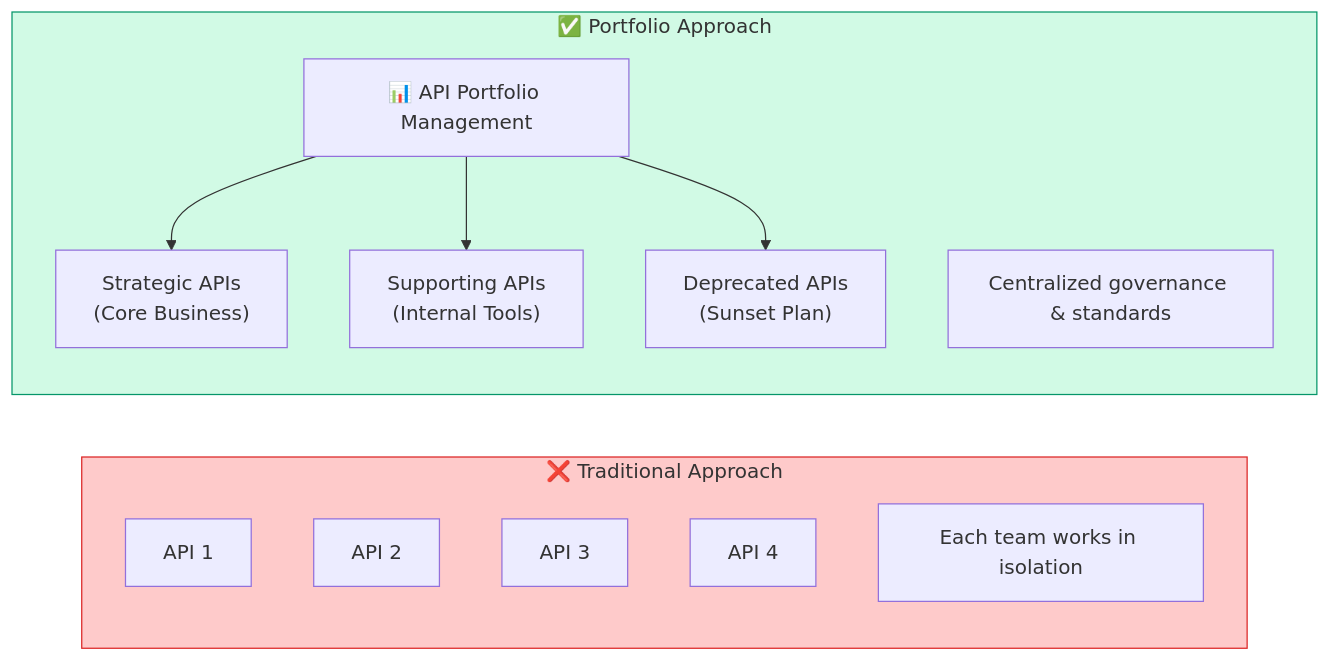
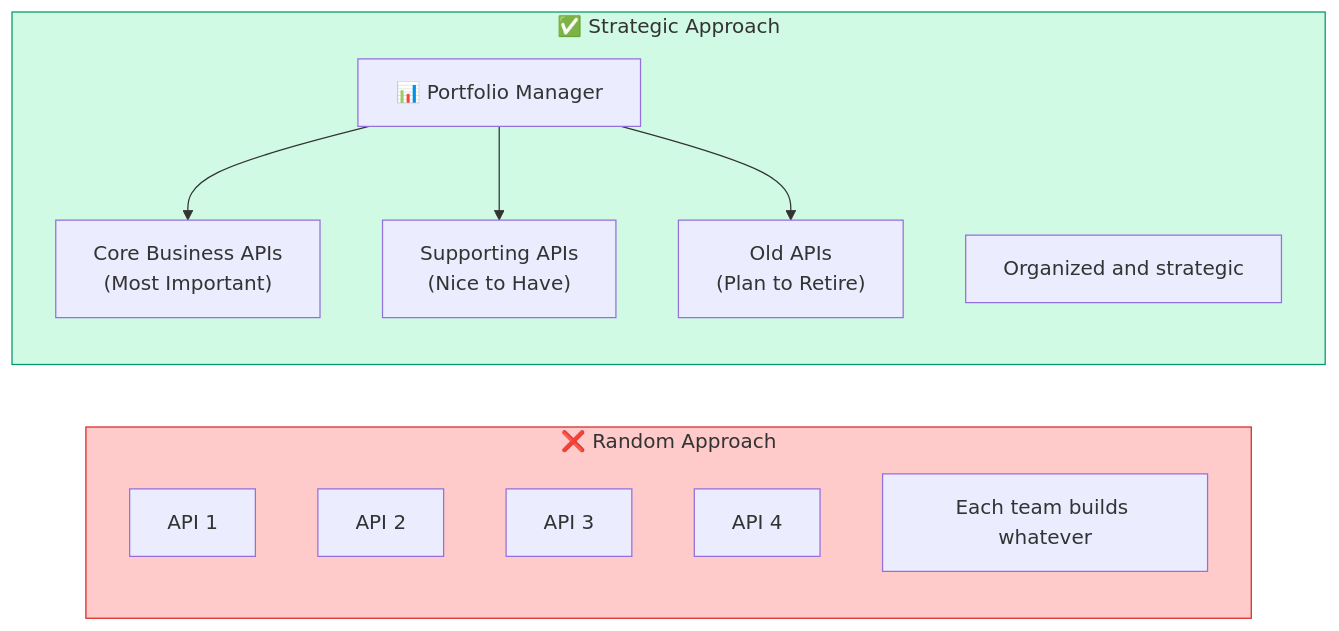
Before and after one commit to rilov/handbook: the fourth of 16 diagrams in _topics/scaling-api-design-architecture-part-2.md, drawn with Mermaid. The commit also changed other lines of this file, not shown here.

```diff
--- a/_topics/scaling-api-design-architecture-part-2.md
+++ b/_topics/scaling-api-design-architecture-part-2.md
@@ -123,23 +147,23 @@
 <div class="mermaid">
 flowchart LR
-    subgraph traditional["❌ Traditional Approach"]
+    subgraph traditional["❌ Random Approach"]
         direction TB
         A1["API 1"]
         A2["API 2"]
         A3["API 3"]
         A4["API 4"]
-        Note1["Each team works in isolation"]
+        Note1["Each team builds whatever"]
     end
     
-    subgraph portfolio["✅ Portfolio Approach"]
+    subgraph portfolio["✅ Strategic Approach"]
         direction TB
-        M["📊 API Portfolio Management"]
-        M --> B1["Strategic APIs<br/>(Core Business)"]
-        M --> B2["Supporting APIs<br/>(Internal Tools)"]
-        M --> B3["Deprecated APIs<br/>(Sunset Plan)"]
-        Note2["Centralized governance & standards"]
+        M["📊 Portfolio Manager"]
+        M --> B1["Core Business APIs<br/>(Most Important)"]
+        M --> B2["Supporting APIs<br/>(Nice to Have)"]
+        M --> B3["Old APIs<br/>(Plan to Retire)"]
+        Note2["Organized and strategic"]
     end
     
     style traditional fill:#fecaca,stroke:#dc2626
     style portfolio fill:#d1fae5,stroke:#059669
 </div>
```
